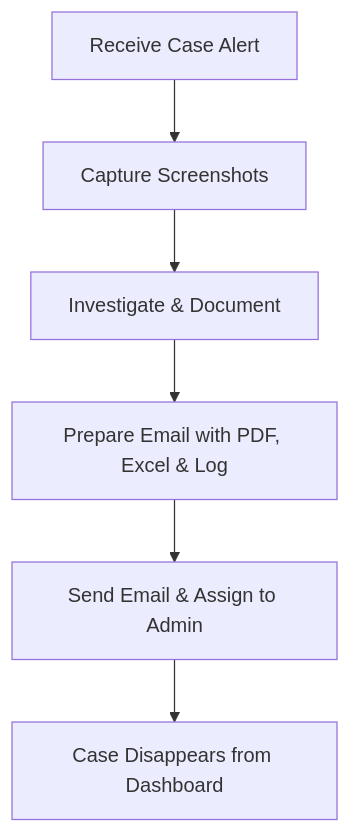
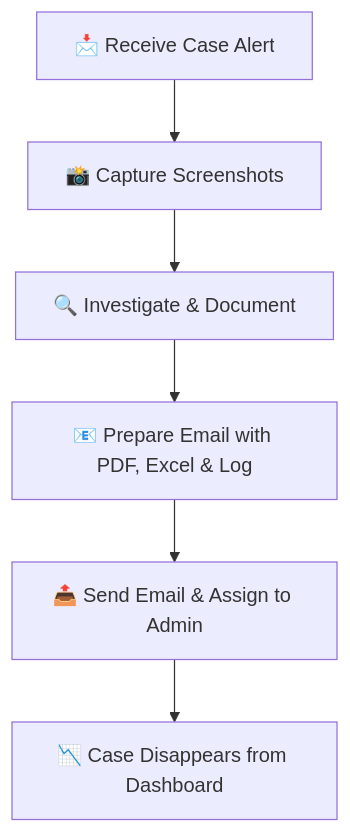
Before and after one commit to MojithaR/Blue-Team-Ops: the diagram in 09 Google Chronicle.md, drawn with Mermaid. The commit also changed other lines of this file, not shown here.

````diff
--- a/09 Google Chronicle.md
+++ b/09 Google Chronicle.md
@@ -33,8 +29,8 @@
 ```mermaid
-flowchart TD
-    A[Receive Case Alert] --> B[Capture Screenshots]
-    B --> C[Investigate & Document]
-    C --> D[Prepare Email with PDF, Excel & Log]
-    D --> E[Send Email & Assign to Admin]
-    E --> F[Case Disappears from Dashboard]
+graph TD;
+    A[📩 Receive Case Alert] --> B[📸 Capture Screenshots]
+    B --> C[🔍 Investigate & Document]
+    C --> D[📧 Prepare Email with PDF, Excel & Log]
+    D --> E[📤 Send Email & Assign to Admin]
+    E --> F[📉 Case Disappears from Dashboard]
 ```
````
